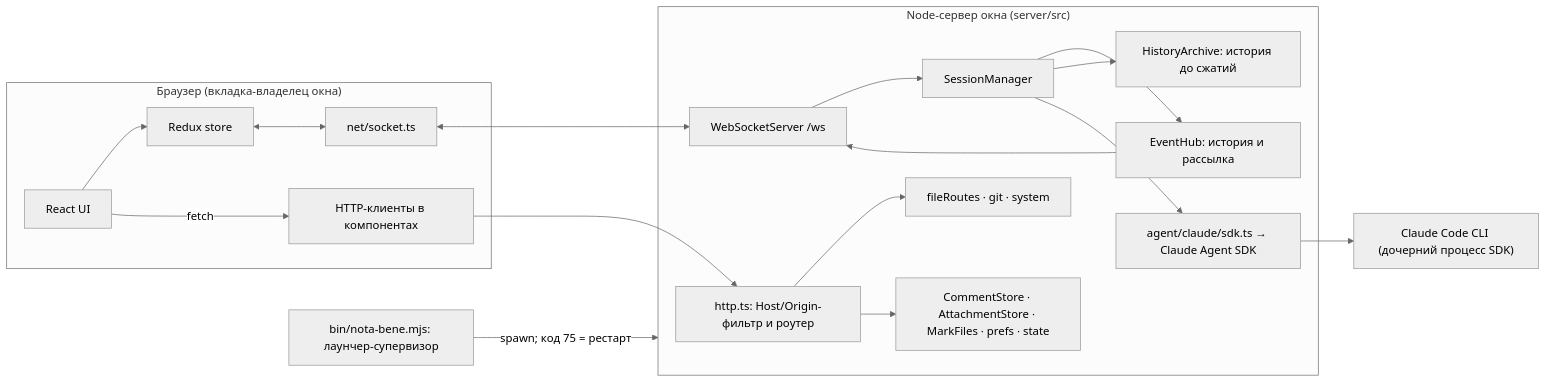
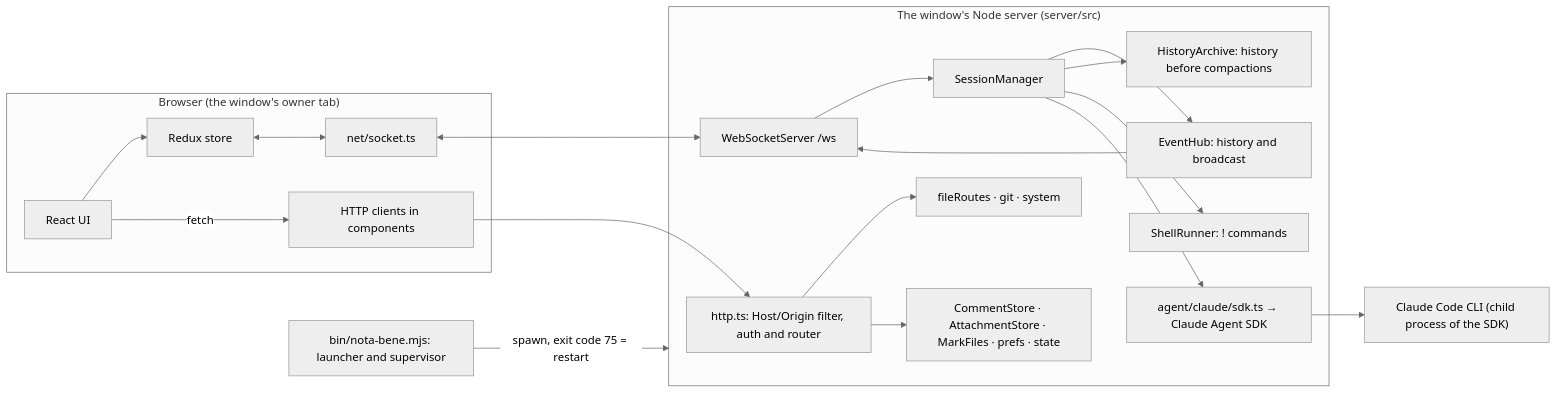
One commit to iCubeDm/claude-nota-bene changed the first of 4 diagrams in docs/architecture.md. Above: the diagram before and after it, drawn with Mermaid (neutral theme). The commit also changed other lines of this file, not shown here.

Commit message:
docs: translate the architecture document to English and bring it up to date

````diff
--- a/docs/architecture.md
+++ b/docs/architecture.md
@@ -9,29 +9,31 @@
 ```mermaid
 flowchart LR
-  subgraph Browser["Браузер (вкладка-владелец окна)"]
+  subgraph Browser["Browser (the window's owner tab)"]
     UI["React UI"] --> RS["Redux store"]
     RS <--> WSC["net/socket.ts"]
-    UI -- fetch --> HTTPC["HTTP-клиенты в компонентах"]
+    UI -- fetch --> HTTPC["HTTP clients in components"]
   end
-  subgraph Server["Node-сервер окна (server/src)"]
-    HTTP["http.ts: Host/Origin-фильтр и роутер"]
+  subgraph Server["The window's Node server (server/src)"]
+    HTTP["http.ts: Host/Origin filter, auth and router"]
     WSS["WebSocketServer /ws"]
-    HUB["EventHub: история и рассылка"]
-    ARC["HistoryArchive: история до сжатий"]
+    HUB["EventHub: history and broadcast"]
+    ARC["HistoryArchive: history before compactions"]
     SM["SessionManager"]
+    SH["ShellRunner: ! commands"]
     STORES["CommentStore · AttachmentStore · MarkFiles · prefs · state"]
     FR["fileRoutes · git · system"]
     SDK["agent/claude/sdk.ts → Claude Agent SDK"]
   end
-  CLI["Claude Code CLI (дочерний процесс SDK)"]
-  L["bin/nota-bene.mjs: лаунчер-супервизор"]
+  CLI["Claude Code CLI (child process of the SDK)"]
+  L["bin/nota-bene.mjs: launcher and supervisor"]
   WSC <--> WSS
   HTTPC --> HTTP
   WSS --> SM
   SM --> HUB --> WSS
   SM --> ARC
+  SM --> SH
   SM --> SDK --> CLI
   HTTP --> FR
   HTTP --> STORES
-  L -- "spawn; код 75 = рестарт" --> Server
+  L -- "spawn, exit code 75 = restart" --> Server
 ```
````
